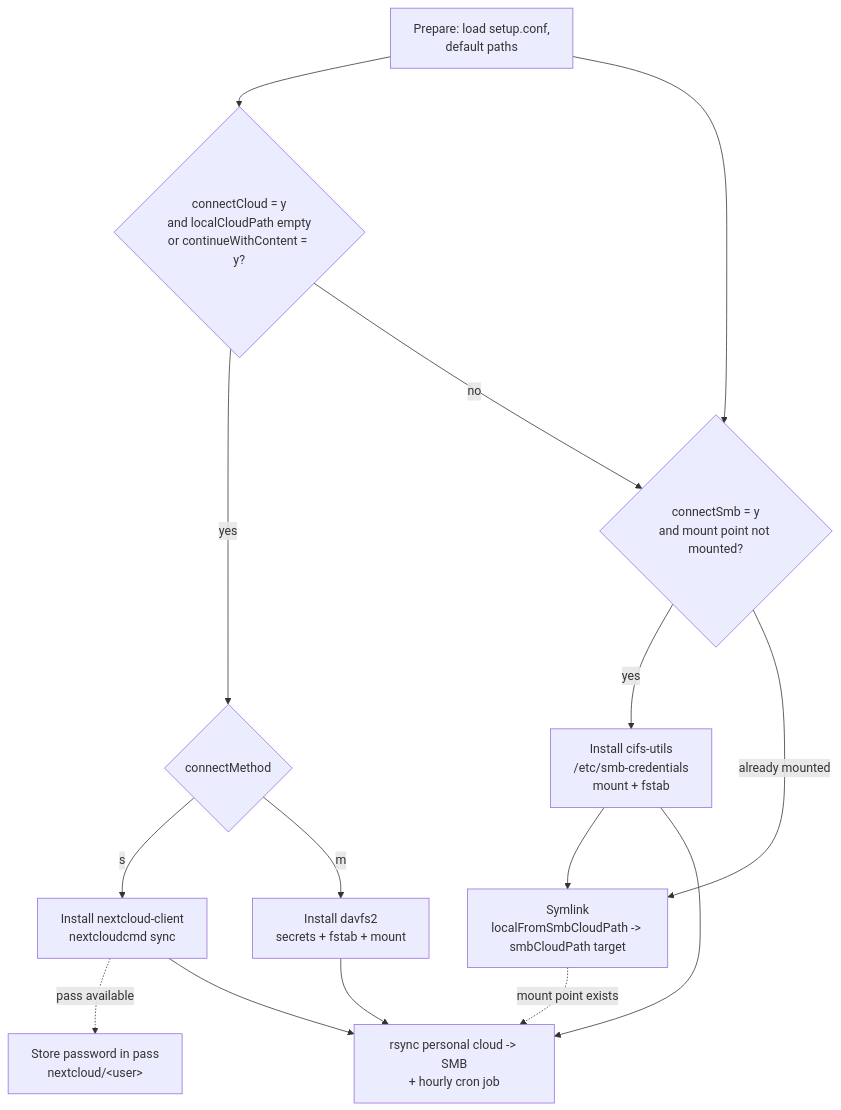
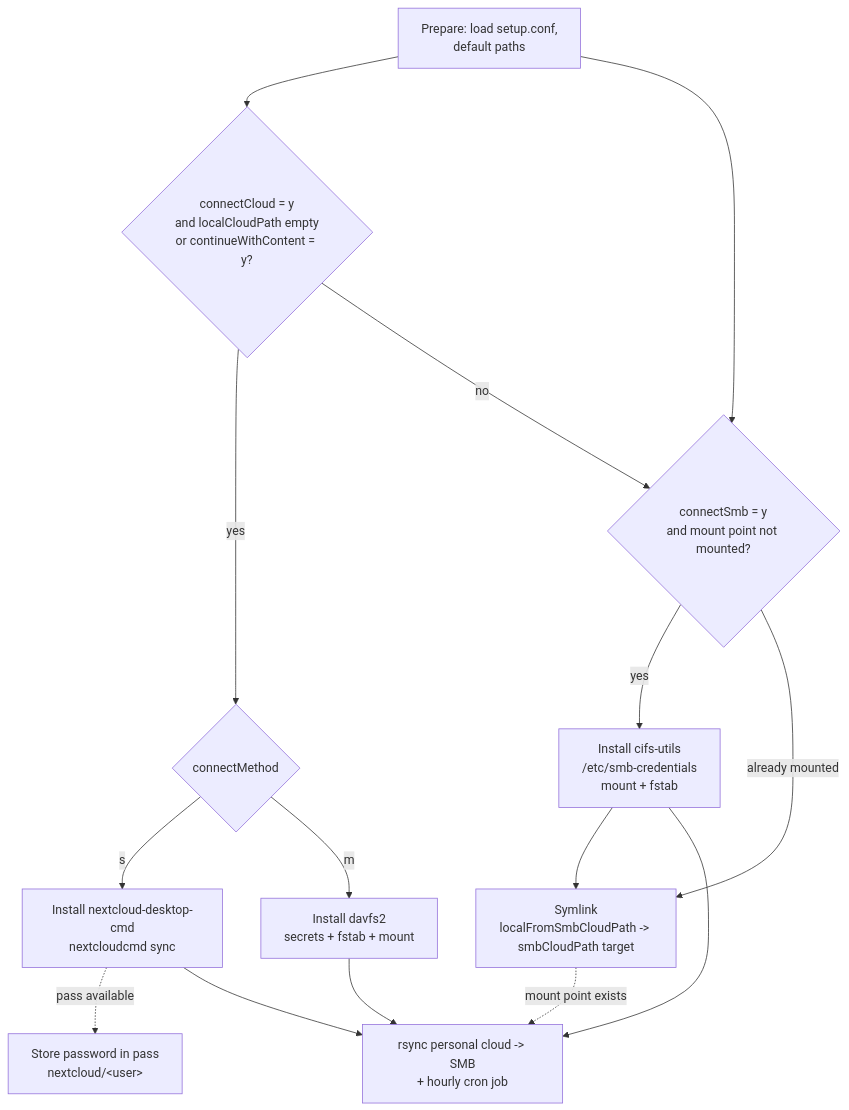
One commit to norsemangrey/linux-setup-deployer changed the fourth of 4 diagrams in DEPENDENCIES.md. Above: the diagram before and after it, drawn with Mermaid. The commit also changed 1 other file, not shown here.

Commit message:
Update dependencies and improve Nextcloud CLI installation handling

````diff
--- a/DEPENDENCIES.md
+++ b/DEPENDENCIES.md
@@ -152,28 +152,28 @@
 ```mermaid
 flowchart TD
     C0["Prepare: load setup.conf,<br/>default paths"]
     C1{"connectCloud = y<br/>and localCloudPath empty<br/>or continueWithContent = y?"}
     C2{"connectMethod"}
-    C3["Install nextcloud-client<br/>nextcloudcmd sync"]
+    C3["Install nextcloud-desktop-cmd<br/>nextcloudcmd sync"]
     C4["Install davfs2<br/>secrets + fstab + mount"]
     C5["Store password in pass<br/>nextcloud/&lt;user&gt;"]
     C6{"connectSmb = y<br/>and mount point not mounted?"}
     C7["Install cifs-utils<br/>/etc/smb-credentials<br/>mount + fstab"]
     C8["Symlink<br/>localFromSmbCloudPath -> smbCloudPath target"]
     C9["rsync personal cloud -> SMB<br/>+ hourly cron job"]
 
     C0 --> C1
     C1 -->|yes| C2
     C2 -->|s| C3
     C2 -->|m| C4
     C3 -.->|pass available| C5
     C0 --> C6
     C6 -->|yes| C7
     C6 -->|already mounted| C8
     C7 --> C8
     C1 -->|no| C6
     C3 --> C9
     C4 --> C9
     C7 --> C9
     C8 -.->|mount point exists| C9
 ```
````
